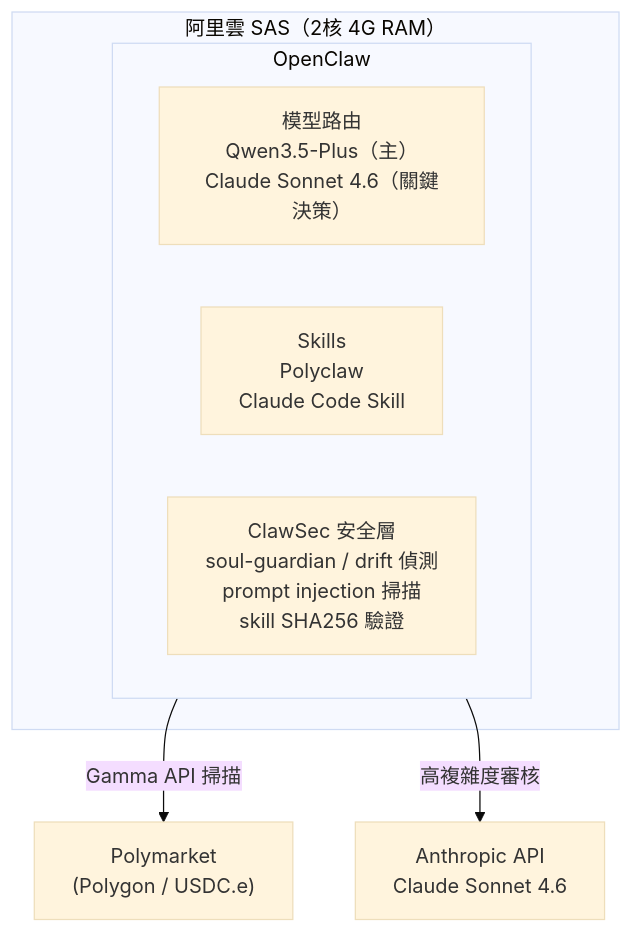
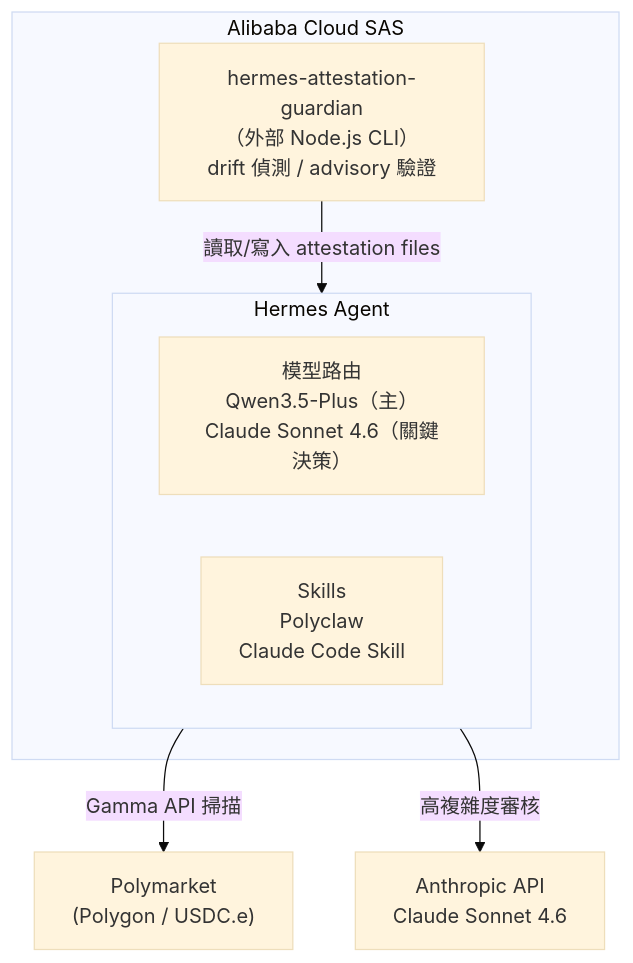
One commit to nrnmnrn/openclaw_on_polymarket-plan changed the first of 3 diagrams in CURRENT_SPEC.md. Above: the diagram before and after it, drawn with Mermaid (base theme). The commit also changed other lines of this file and 3 other files, not shown here.

First line of the commit message:
arch: 採用 Hermes Agent 取代 OpenClaw，部署平台遷移至 Alibaba Cloud

````diff
--- a/CURRENT_SPEC.md
+++ b/CURRENT_SPEC.md
@@ -27,13 +27,14 @@
 ```mermaid
 graph TB
-    subgraph 阿里雲SAS["阿里雲 SAS（2核 4G RAM）"]
-        subgraph OC["OpenClaw"]
+    subgraph AlibabaSAS["Alibaba Cloud SAS"]
+        subgraph HA["Hermes Agent"]
             Router["模型路由<br/>Qwen3.5-Plus（主）<br/>Claude Sonnet 4.6（關鍵決策）"]
             Skills["Skills<br/>Polyclaw<br/>Claude Code Skill"]
-            ClawSec["ClawSec 安全層<br/>soul-guardian / drift 偵測<br/>prompt injection 掃描<br/>skill SHA256 驗證"]
         end
+        Guardian["hermes-attestation-guardian<br/>（外部 Node.js CLI）<br/>drift 偵測 / advisory 驗證"]
+        Guardian -->|"讀取/寫入 attestation files"| HA
     end
 
-    OC -->|Gamma API 掃描| Polymarket["Polymarket<br/>(Polygon / USDC.e)"]
-    OC -->|高複雜度審核| Anthropic["Anthropic API<br/>Claude Sonnet 4.6"]
+    HA -->|Gamma API 掃描| Polymarket["Polymarket<br/>(Polygon / USDC.e)"]
+    HA -->|高複雜度審核| Anthropic["Anthropic API<br/>Claude Sonnet 4.6"]
 ```
````
